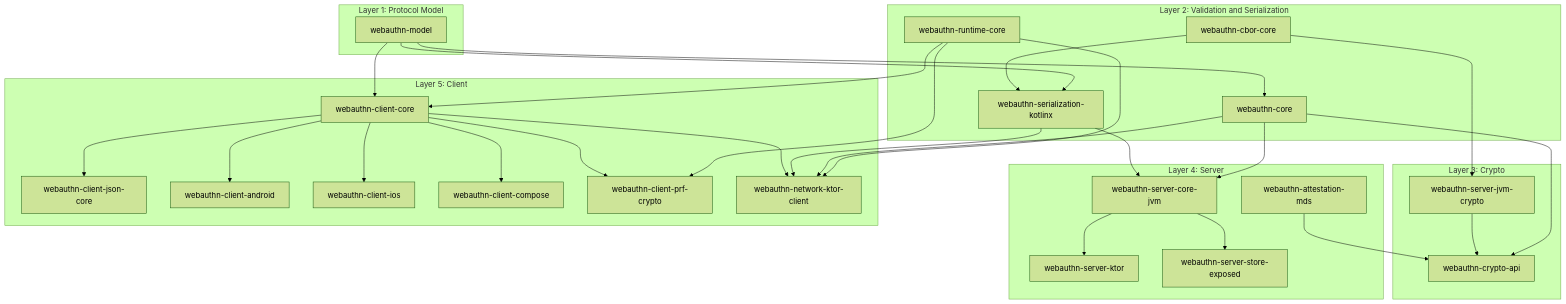
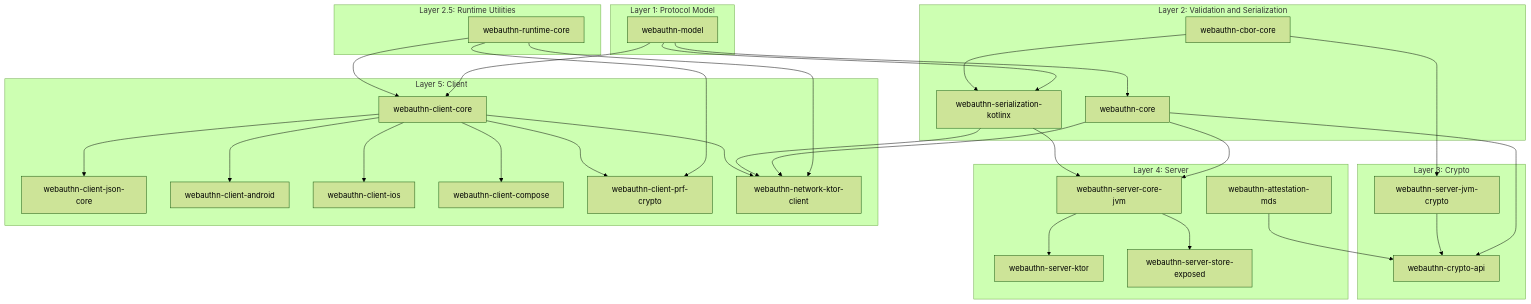
One commit to szijpeter/webauthn-kotlin-multiplatform changed the diagram in docs/architecture.md. Above: the diagram before and after it, drawn with Mermaid (forest theme). The commit also changed 6 other files, not shown here.

````diff
--- a/docs/architecture.md
+++ b/docs/architecture.md
@@ -15,60 +15,63 @@
 ```mermaid
 flowchart TB
     subgraph L1[Layer 1: Protocol Model]
         MODEL[webauthn-model]
     end
 
     subgraph L2[Layer 2: Validation and Serialization]
         CORE[webauthn-core]
         SER[webauthn-serialization-kotlinx]
         CBOR[webauthn-cbor-core]
+    end
+
+    subgraph L2R[Layer 2.5: Runtime Utilities]
         RUNTIME[webauthn-runtime-core]
     end
 
     subgraph L3[Layer 3: Crypto]
         API[webauthn-crypto-api]
         JVMCRYPTO[webauthn-server-jvm-crypto]
     end
 
     subgraph L4[Layer 4: Server]
         SVC[webauthn-server-core-jvm]
         KTOR[webauthn-server-ktor]
         STORE[webauthn-server-store-exposed]
         MDS[webauthn-attestation-mds]
     end
 
     subgraph L5[Layer 5: Client]
         CCORE[webauthn-client-core]
         CJSON[webauthn-client-json-core]
         CANDROID[webauthn-client-android]
         CIOS[webauthn-client-ios]
         CCOMPOSE[webauthn-client-compose]
         CPRF[webauthn-client-prf-crypto]
         NET[webauthn-network-ktor-client]
     end
 
     MODEL --> CORE
     MODEL --> SER
     CBOR --> SER
     CORE --> API
     CBOR --> JVMCRYPTO
     JVMCRYPTO --> API
     CORE --> SVC
     SER --> SVC
     SVC --> KTOR
     SVC --> STORE
     MDS --> API
 
     MODEL --> CCORE
     RUNTIME --> CCORE
     RUNTIME --> CPRF
     RUNTIME --> NET
     CCORE --> CJSON
     CCORE --> CANDROID
     CCORE --> CIOS
     CCORE --> CCOMPOSE
     CCORE --> CPRF
     CORE --> NET
     SER --> NET
     CCORE --> NET
 ```
````
